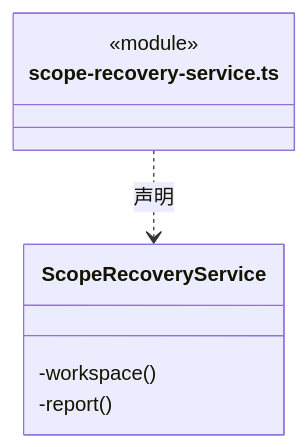
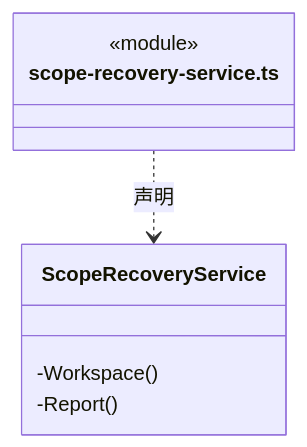
One commit to nan023062/cbim changed diagram 18 of 25 in src/logic/tasks/runtime/ARCHITECTURE.md. Above: the diagram before and after it, drawn with Mermaid. The commit also changed other lines of this file and 1035 other files, not shown here.

````diff
--- a/src/logic/tasks/runtime/ARCHITECTURE.md
+++ b/src/logic/tasks/runtime/ARCHITECTURE.md
@@ -489,11 +489,11 @@
 ```mermaid
 classDiagram
 class N_src_logic_tasks_runtime_scope_recovery_service_ts["scope-recovery-service.ts"] {
   <<module>>
 }
 class N_src_logic_tasks_runtime_scope_recovery_service_ts_ScopeRecoveryService["ScopeRecoveryService"] {
-  -workspace()
-  -report()
+  -Workspace()
+  -Report()
 }
 N_src_logic_tasks_runtime_scope_recovery_service_ts ..> N_src_logic_tasks_runtime_scope_recovery_service_ts_ScopeRecoveryService : 声明
 ```
````
